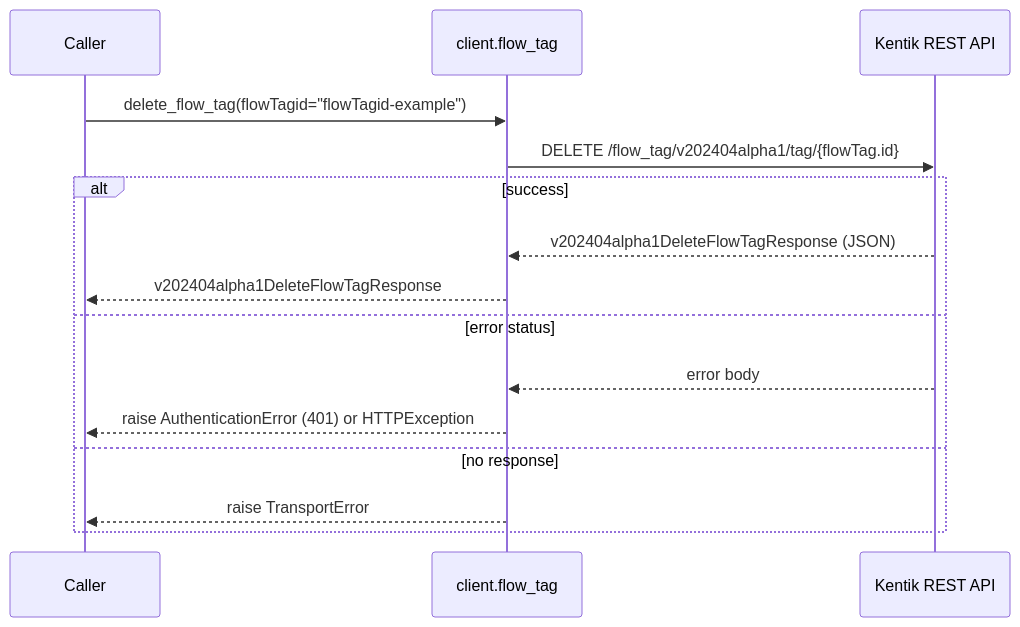
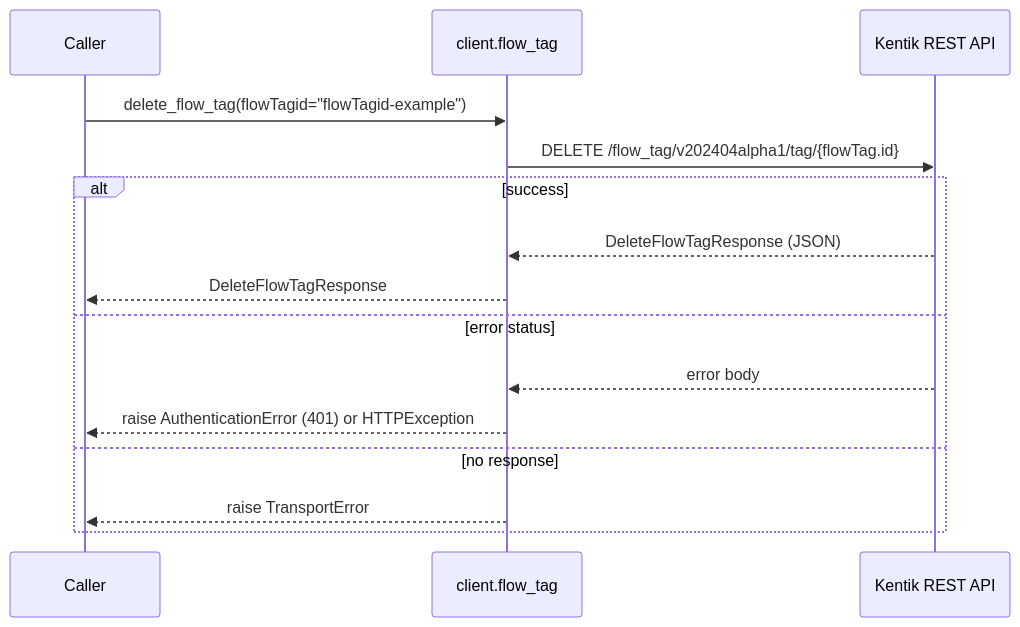
The tenth of 12 diagrams in docs/sphinx/services/flow_tag.md (alexdearaujo/community_sdk_python), drawn with Mermaid before and after one commit. The commit also changed other lines of this file and 38 other files, not shown here.

````diff
--- a/docs/sphinx/services/flow_tag.md
+++ b/docs/sphinx/services/flow_tag.md
@@ -346,18 +346,18 @@
 ```mermaid
 sequenceDiagram
     participant C as Caller
     participant W as client.flow_tag
     participant API as Kentik REST API
 
     C->>W: delete_flow_tag(flowTagid="flowTagid-example")
     W->>API: DELETE /flow_tag/v202404alpha1/tag/{flowTag.id}
     alt success
-        API-->>W: v202404alpha1DeleteFlowTagResponse (JSON)
-        W-->>C: v202404alpha1DeleteFlowTagResponse
+        API-->>W: DeleteFlowTagResponse (JSON)
+        W-->>C: DeleteFlowTagResponse
     else error status
         API-->>W: error body
         W-->>C: raise AuthenticationError (401) or HTTPException
     else no response
         W-->>C: raise TransportError
     end
 ```
````
